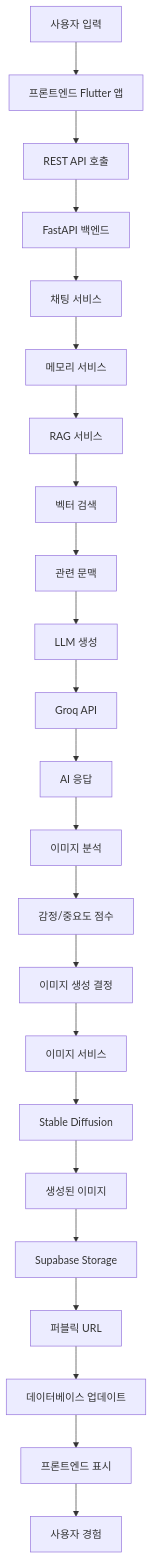
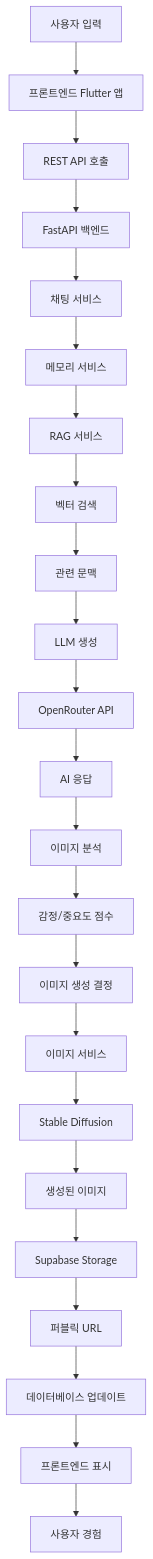
One commit to sorlros/NovelAIne changed the first of 7 diagrams in PIPELINE_kr.md. Above: the diagram before and after it, drawn with Mermaid. The commit also changed other lines of this file and 31 other files, not shown here.

````diff
--- a/PIPELINE_kr.md
+++ b/PIPELINE_kr.md
@@ -65,25 +68,25 @@
 ```mermaid
 flowchart TD
     A[사용자 입력] --> B[프론트엔드 Flutter 앱]
     B --> C[REST API 호출]
     C --> D[FastAPI 백엔드]
     D --> E[채팅 서비스]
     E --> F[메모리 서비스]
     F --> G[RAG 서비스]
     G --> H[벡터 검색]
     H --> I[관련 문맥]
     I --> J[LLM 생성]
-    J --> K[Groq API]
+    J --> K[OpenRouter API]
     K --> L[AI 응답]
     L --> M[이미지 분석]
     M --> N[감정/중요도 점수]
     N --> O[이미지 생성 결정]
     O --> P[이미지 서비스]
     P --> Q[Stable Diffusion]
     Q --> R[생성된 이미지]
     R --> S[Supabase Storage]
     S --> T[퍼블릭 URL]
     T --> U[데이터베이스 업데이트]
     U --> V[프론트엔드 표시]
     V --> W[사용자 경험]
 ```
````
